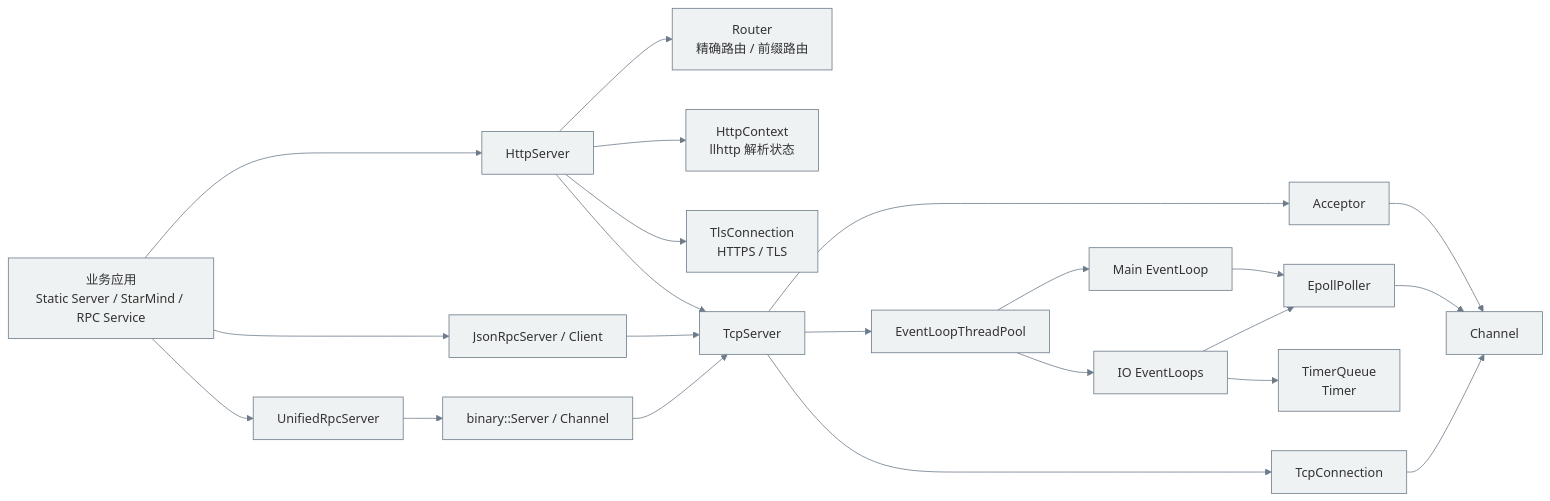
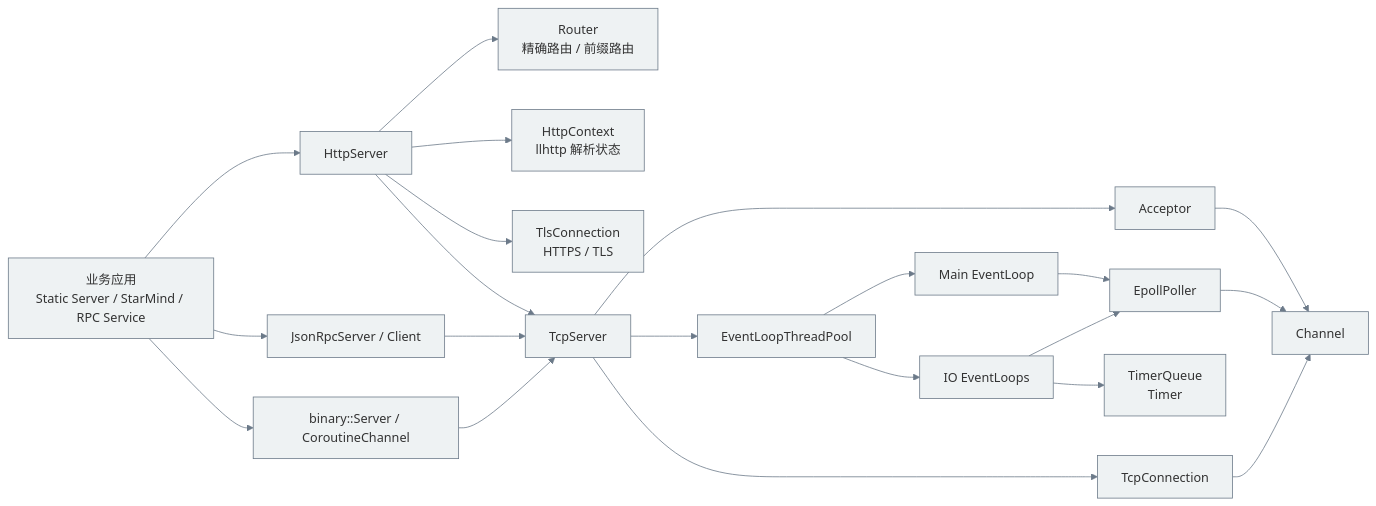
Before and after one commit to WenXingming/Tudou: the second of 2 diagrams in README.md, drawn with Mermaid. The commit also changed other lines of this file and 6 other files, not shown here.

Commit message:
Refactor: 移除 UnifiedRpcServer 相关代码，简化 RPC 结构

````diff
--- a/README.md
+++ b/README.md
@@ -129,44 +129,43 @@
 ```mermaid
 %%{init: {
     "theme": "base",
     "themeVariables": {
         "fontFamily": "Inter, Helvetica, sans-serif",
         "fontSize": "16px",
         "primaryColor": "#eef2f3",
         "primaryTextColor": "#333",
         "primaryBorderColor": "#6c7a89",
         "lineColor": "#6c7a89"
     }
 }}%%
 flowchart LR
     App[业务应用\nStatic Server / StarMind / RPC Service] --> HttpServer[HttpServer]
     HttpServer --> Router[Router\n精确路由 / 前缀路由]
     HttpServer --> HttpContext[HttpContext\nllhttp 解析状态]
     HttpServer --> Tls[TlsConnection\nHTTPS / TLS]
     HttpServer --> TcpServer[TcpServer]
 
     App --> JsonRpc[JsonRpcServer / Client]
-    App --> UnifiedRpc[UnifiedRpcServer]
-    UnifiedRpc --> BinaryRpc[binary::Server / Channel]
+    App --> BinaryRpc[binary::Server / CoroutineChannel]
     JsonRpc --> TcpServer
     BinaryRpc --> TcpServer
 
     TcpServer --> Acceptor[Acceptor]
     Acceptor --> Channel[Channel]
 
     TcpServer --> Pool[EventLoopThreadPool]
     Pool --> MainLoop[Main EventLoop]
     MainLoop --> Poller[EpollPoller]
     Poller --> Channel
     Pool --> IoLoops[IO EventLoops]
     IoLoops --> Poller
     IoLoops --> TimerQueue[TimerQueue \n Timer]
   
 
     TcpServer --> Conn[TcpConnection]
     Conn --> Channel
 
     class App,HttpServer,Router,HttpContext,Tls httpNode
     class TcpServer,Acceptor,Conn,Buffer,Heartbeat tcpNode
     class Pool,MainLoop,IoLoops,Poller,Channel,TimerQueue reactorNode
 ```
````
